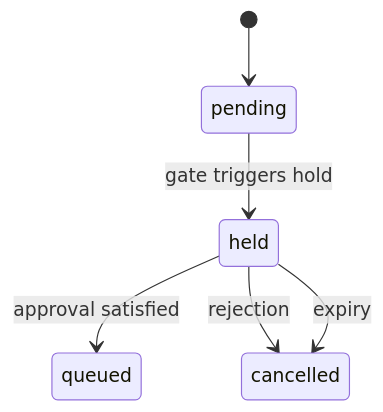
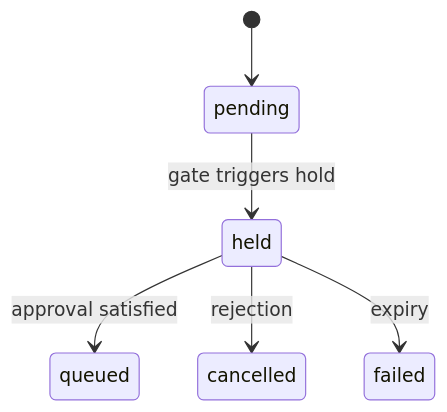
The first of 2 diagrams in docs/architecture/approvals.md (kici-dev/kici-public), drawn with Mermaid before and after one commit. The commit also changed other lines of this file and 384 other files, not shown here.

````diff
--- a/docs/architecture/approvals.md
+++ b/docs/architecture/approvals.md
@@ -87,8 +87,8 @@
 ```mermaid
 stateDiagram-v2
     [*] --> pending
     pending --> held : gate triggers hold
     held --> queued : approval satisfied
     held --> cancelled : rejection
-    held --> cancelled : expiry
+    held --> failed : expiry
 ```
````
